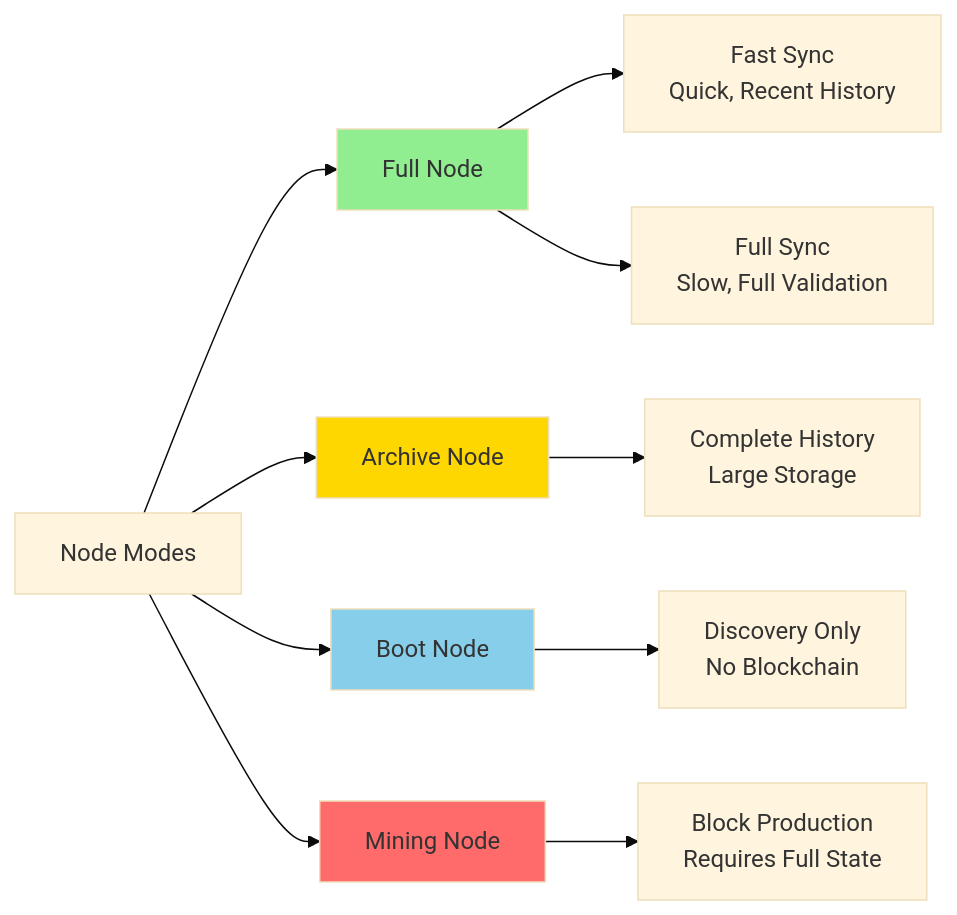
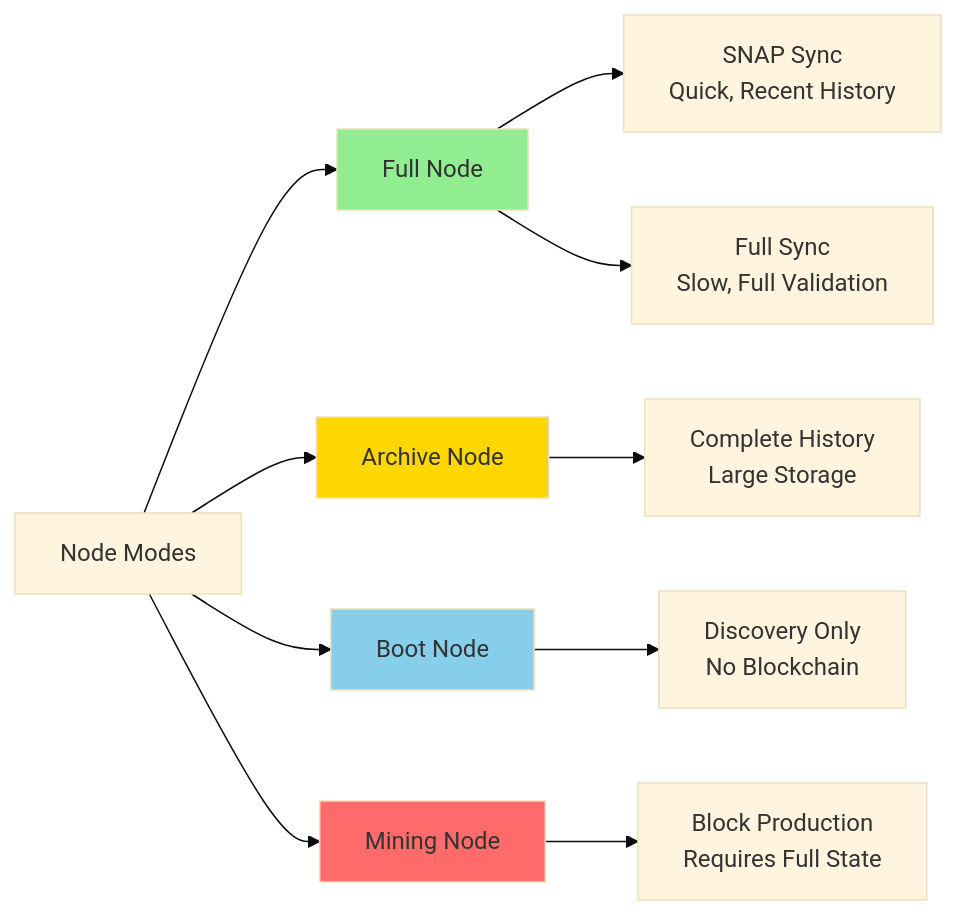
Before and after one commit to chippr-robotics/fukuii: the first of 4 diagrams in docs/runbooks/operating-modes.md, drawn with Mermaid (base theme). The commit also changed other lines of this file and 17 other files, not shown here.

First line of the commit message:
docs: remove fast sync from the operator docs; add the upgrade note

````diff
--- a/docs/runbooks/operating-modes.md
+++ b/docs/runbooks/operating-modes.md
@@ -45,21 +45,21 @@
 ```mermaid
 graph LR
     A[Node Modes] --> B[Full Node]
     A --> C[Archive Node]
     A --> D[Boot Node]
     A --> E[Mining Node]
     
-    B --> B1[Fast Sync<br/>Quick, Recent History]
+    B --> B1[SNAP Sync<br/>Quick, Recent History]
     B --> B2[Full Sync<br/>Slow, Full Validation]
     
     C --> C1[Complete History<br/>Large Storage]
     
     D --> D1[Discovery Only<br/>No Blockchain]
     
     E --> E1[Block Production<br/>Requires Full State]
     
     style B fill:#90EE90
     style C fill:#FFD700
     style D fill:#87CEEB
     style E fill:#FF6B6B
 ```
````
